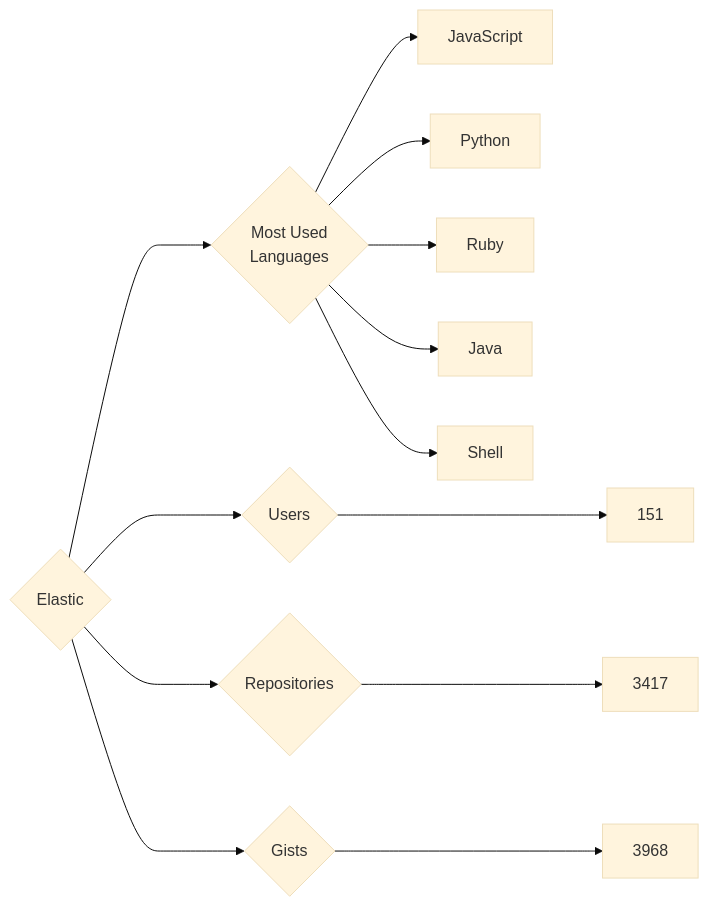
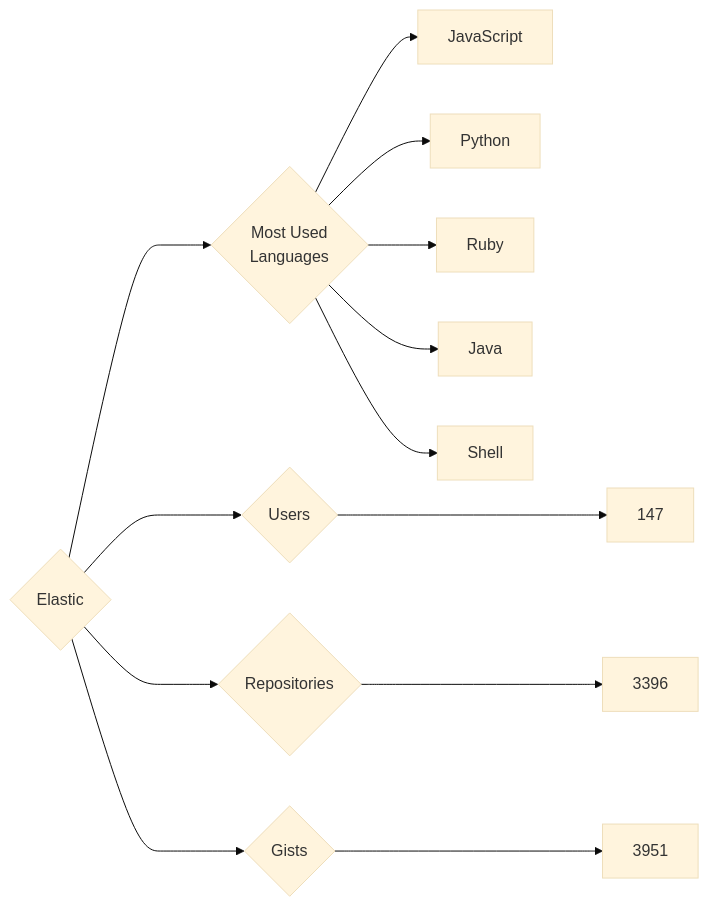
Before and after one commit to trickest/insiders: the diagram in targets/Elastic/README.md, drawn with Mermaid (base theme). The commit also changed 594 other files, not shown here.

````diff
--- a/targets/Elastic/README.md
+++ b/targets/Elastic/README.md
@@ -3,13 +3,13 @@
 ```mermaid
 graph LR
 COMPANY_NAME{Elastic}
-COMPANY_NAME ---> U{Users} ---> UN[151]
-COMPANY_NAME ---> R{Repositories} ---> RN[3417]
-COMPANY_NAME ---> G{Gists} ---> GN[3968]
+COMPANY_NAME ---> U{Users} ---> UN[147]
+COMPANY_NAME ---> R{Repositories} ---> RN[3396]
+COMPANY_NAME ---> G{Gists} ---> GN[3951]
 COMPANY_NAME ---> ML{Most Used<br>Languages}
 ML --> JavaScript[JavaScript]
 ML --> Python[Python]
 ML --> Ruby[Ruby]
 ML --> Java[Java]
 ML --> Shell[Shell]
 ```
````
